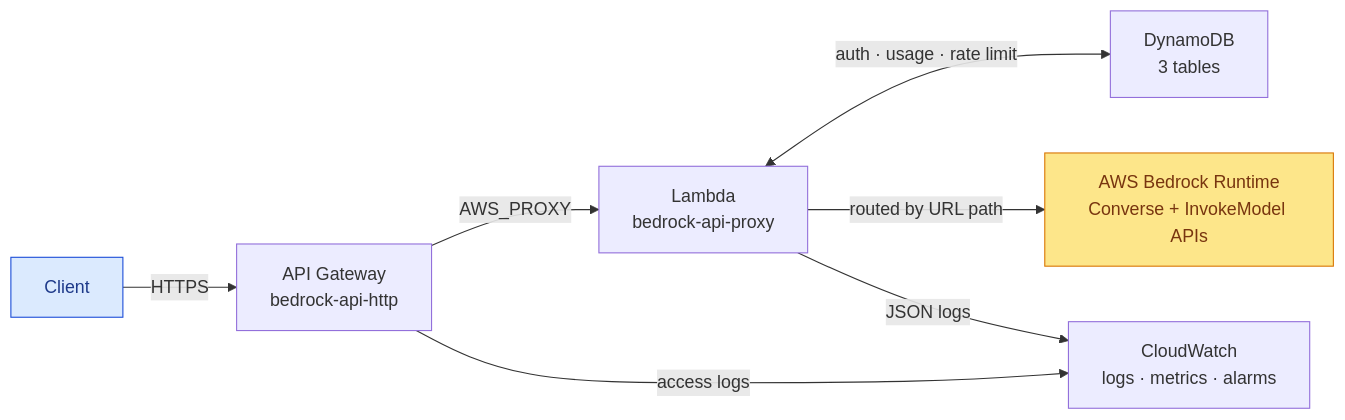
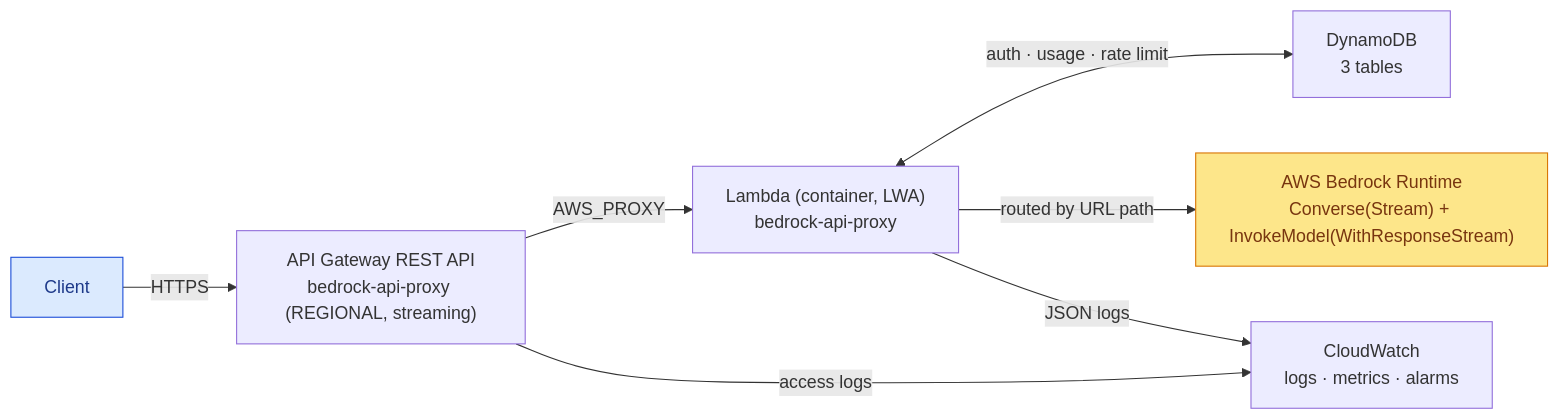
The first of 5 diagrams in docs/architecture.md (smarttransit-ai/bedrock-api), drawn with Mermaid before and after one commit. The commit also changed other lines of this file and 58 other files, not shown here.

First line of the commit message:
Streaming, litellm pricing + live refresh, and the REST API edge (#6)

````diff
--- a/docs/architecture.md
+++ b/docs/architecture.md
@@ -11,21 +11,21 @@
 ```mermaid
 graph LR
     Client["Client"]
-    APIGW["API Gateway<br/>bedrock-api-http"]
-    Lambda["Lambda<br/>bedrock-api-proxy"]
+    APIGW["API Gateway REST API<br/>bedrock-api-proxy (REGIONAL, streaming)"]
+    Lambda["Lambda (container, LWA)<br/>bedrock-api-proxy"]
     DynamoDB["DynamoDB<br/>3 tables"]
-    Bedrock["AWS Bedrock Runtime<br/>Converse + InvokeModel APIs"]
+    Bedrock["AWS Bedrock Runtime<br/>Converse(Stream) + InvokeModel(WithResponseStream)"]
     CloudWatch["CloudWatch<br/>logs · metrics · alarms"]
 
     Client -->|HTTPS| APIGW
     APIGW -->|AWS_PROXY| Lambda
     Lambda <-->|auth · usage · rate limit| DynamoDB
     Lambda -->|routed by URL path| Bedrock
     Lambda -->|JSON logs| CloudWatch
     APIGW -->|access logs| CloudWatch
 
     classDef bedrockStyle fill:#fde68a,stroke:#d97706,color:#78350f
     classDef clientStyle fill:#dbeafe,stroke:#1d4ed8,color:#1e3a8a
     class Bedrock bedrockStyle
     class Client clientStyle
 ```
````
